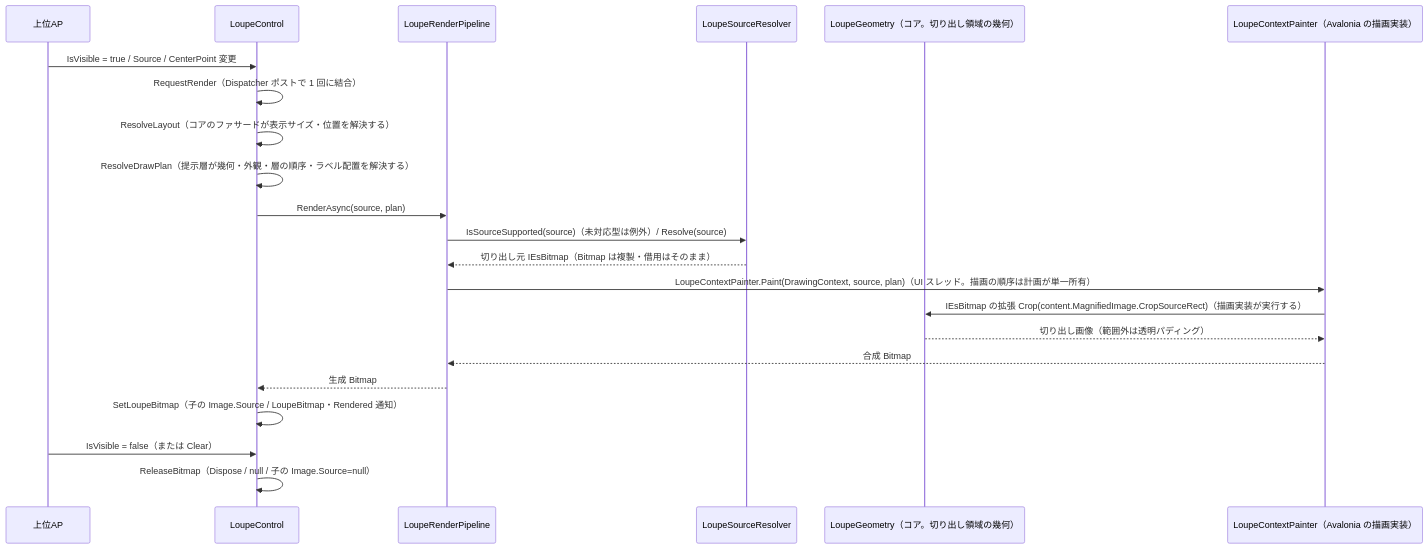
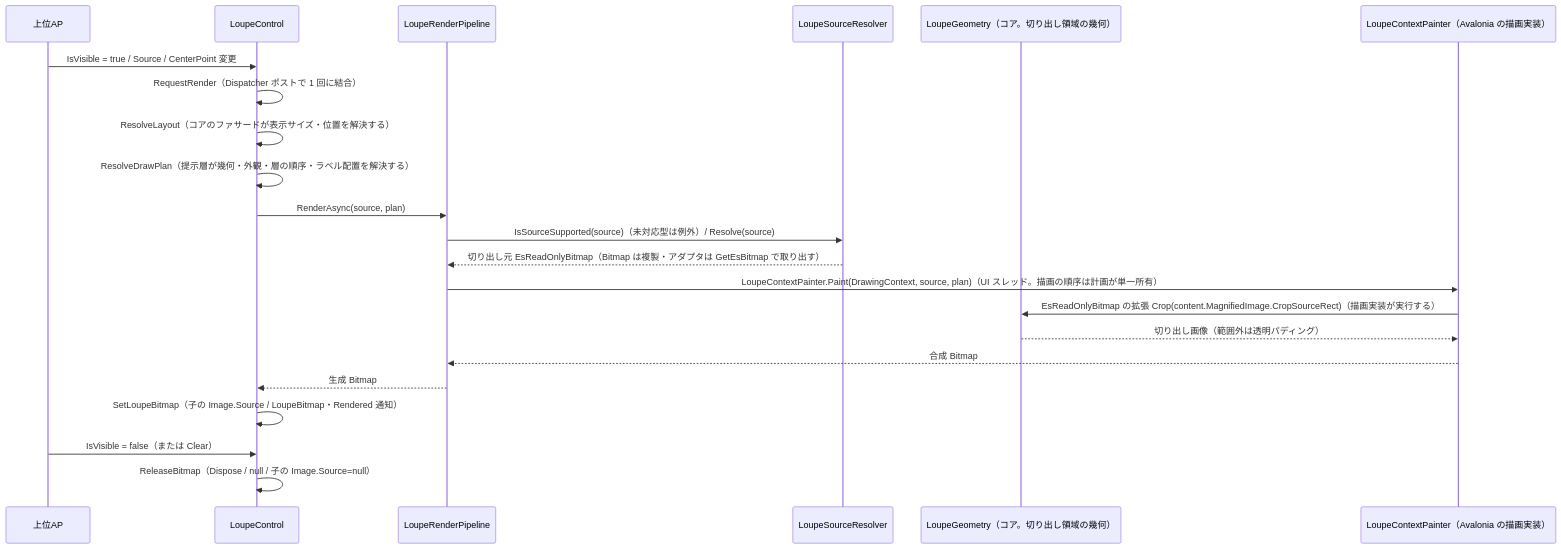
Before and after one commit to tomokuni/SaveEvidence: the second of 2 diagrams in src/EsUtil.Feature.Loupe.ControlAvaloniaUI/docs/SPEC_System.md, drawn with Mermaid. The commit also changed other lines of this file and 41 other files, not shown here.

````diff
--- a/src/EsUtil.Feature.Loupe.ControlAvaloniaUI/docs/SPEC_System.md
+++ b/src/EsUtil.Feature.Loupe.ControlAvaloniaUI/docs/SPEC_System.md
@@ -238,26 +238,26 @@
 ```mermaid
 sequenceDiagram
     participant AP as 上位AP
     participant Ctl as LoupeControl
     participant Pl as LoupeRenderPipeline
     participant Sr as LoupeSourceResolver
     participant Ext as LoupeGeometry（コア。切り出し領域の幾何）
     participant Rdr as LoupeContextPainter（Avalonia の描画実装）
 
     AP->>Ctl: IsVisible = true / Source / CenterPoint 変更
     Ctl->>Ctl: RequestRender（Dispatcher ポストで 1 回に結合）
     Ctl->>Ctl: ResolveLayout（コアのファサードが表示サイズ・位置を解決する）
     Ctl->>Ctl: ResolveDrawPlan（提示層が幾何・外観・層の順序・ラベル配置を解決する）
     Ctl->>Pl: RenderAsync(source, plan)
     Pl->>Sr: IsSourceSupported(source)（未対応型は例外）/ Resolve(source)
-    Sr-->>Pl: 切り出し元 IEsBitmap（Bitmap は複製・借用はそのまま）
+    Sr-->>Pl: 切り出し元 EsReadOnlyBitmap（Bitmap は複製・アダプタは GetEsBitmap で取り出す）
     Pl->>Rdr: LoupeContextPainter.Paint(DrawingContext, source, plan)（UI スレッド。描画の順序は計画が単一所有）
-    Rdr->>Ext: IEsBitmap の拡張 Crop(content.MagnifiedImage.CropSourceRect)（描画実装が実行する）
+    Rdr->>Ext: EsReadOnlyBitmap の拡張 Crop(content.MagnifiedImage.CropSourceRect)（描画実装が実行する）
     Ext-->>Rdr: 切り出し画像（範囲外は透明パディング）
     Rdr-->>Pl: 合成 Bitmap
     Pl-->>Ctl: 生成 Bitmap
     Ctl->>Ctl: SetLoupeBitmap（子の Image.Source / LoupeBitmap・Rendered 通知）
 
     AP->>Ctl: IsVisible = false（または Clear）
     Ctl->>Ctl: ReleaseBitmap（Dispose / null / 子の Image.Source=null）
 ```
````
